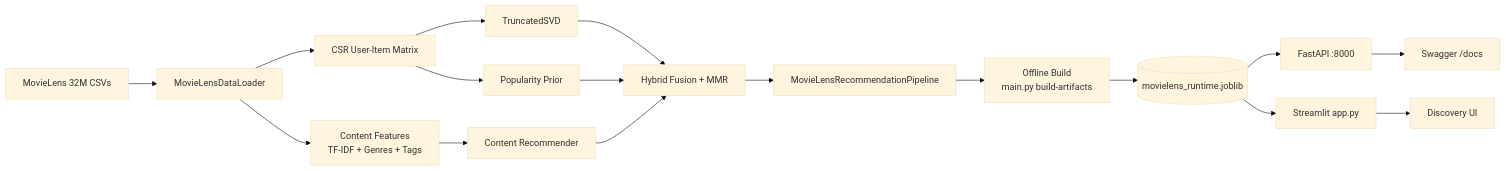
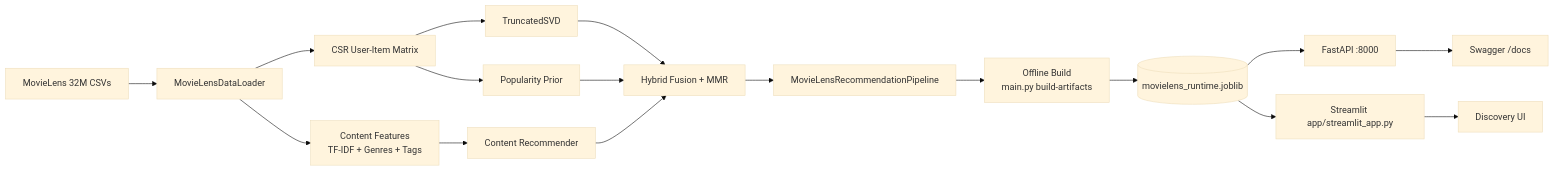
Before and after one commit to mightyalok00/movie-recommendation-system-scikit-learn: the diagram in README.md, drawn with Mermaid (base theme). The commit also changed other lines of this file, not shown here.

Commit message:
docs: update Streamlit repository layout

````diff
--- a/README.md
+++ b/README.md
@@ -38,19 +38,19 @@
 ```mermaid
 flowchart LR
     A[MovieLens 32M CSVs] --> B[MovieLensDataLoader]
     B --> C[Content Features\nTF-IDF + Genres + Tags]
     B --> D[CSR User-Item Matrix]
     D --> E[TruncatedSVD]
     D --> F[Popularity Prior]
     C --> G[Content Recommender]
     E --> H[Hybrid Fusion + MMR]
     F --> H
     G --> H
     H --> I[MovieLensRecommendationPipeline]
     I --> J[Offline Build\nmain.py build-artifacts]
     J --> K[(movielens_runtime.joblib)]
     K --> L[FastAPI :8000]
-    K --> M[Streamlit app.py]
+    K --> M[Streamlit app/streamlit_app.py]
     L --> N[Swagger /docs]
     M --> O[Discovery UI]
 ```
````
